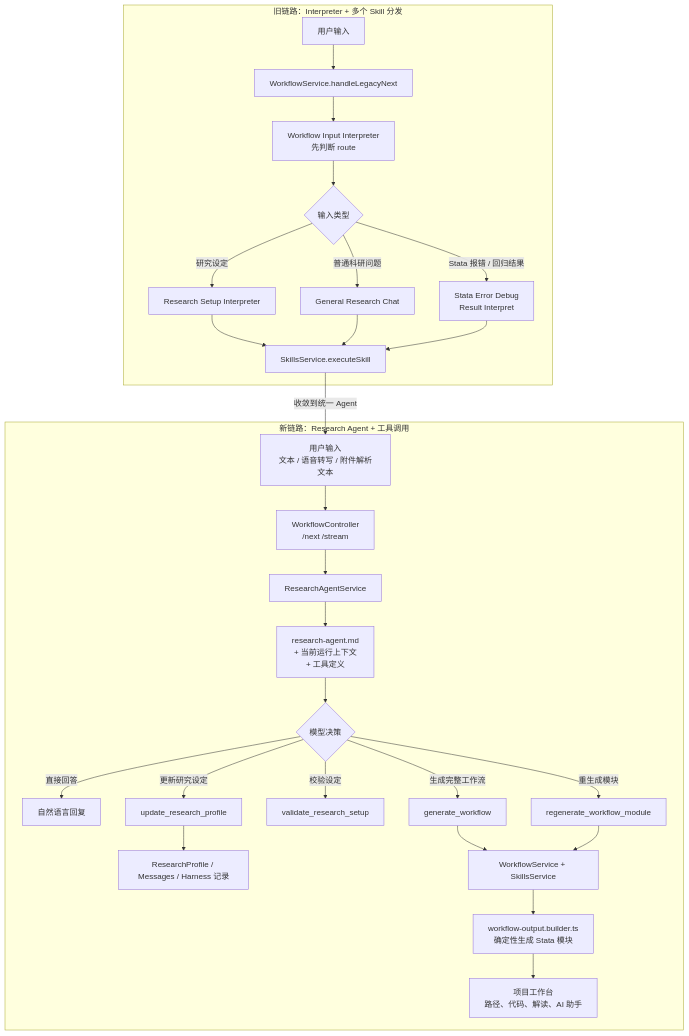
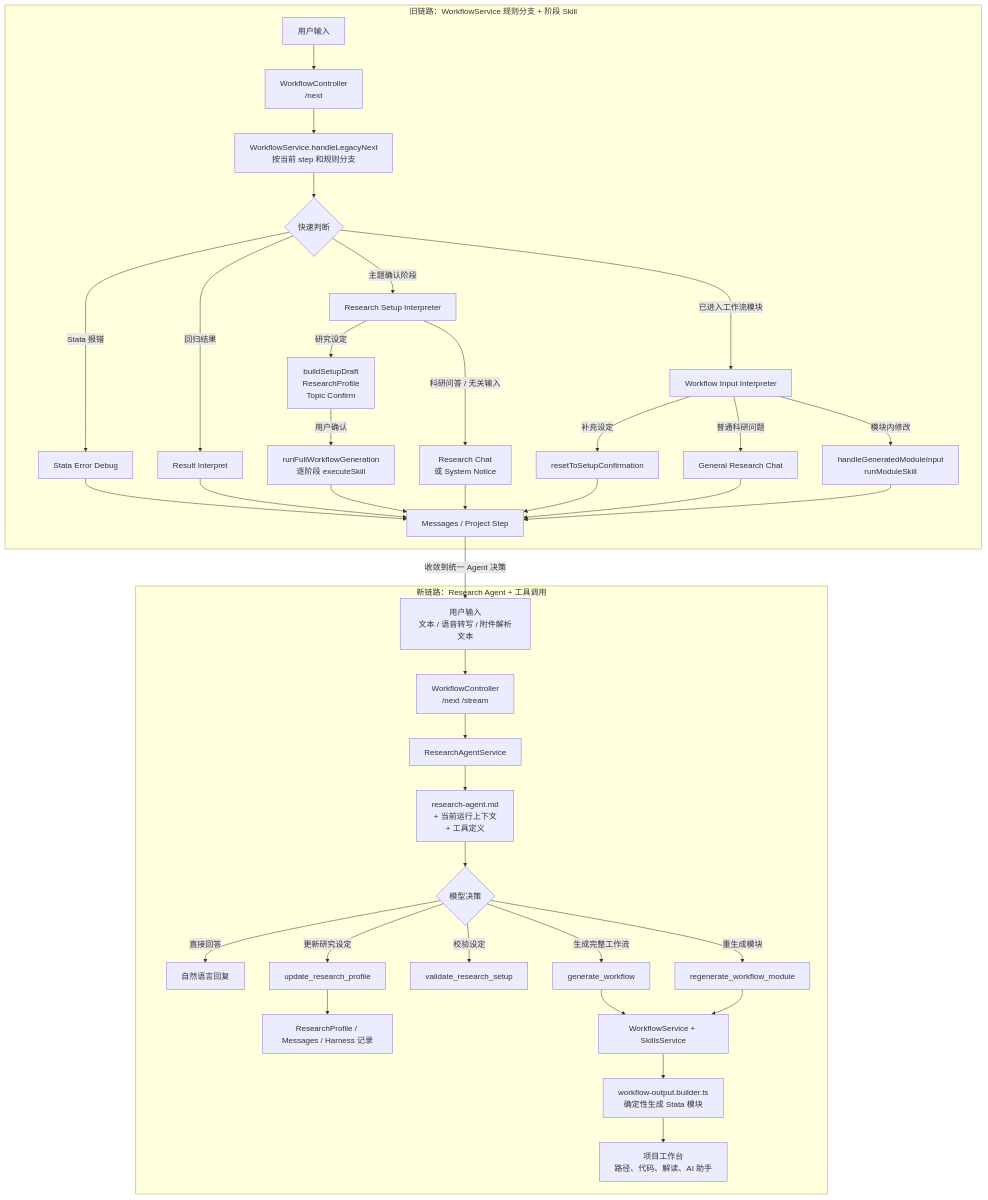
One commit to tank798/empirical-paper-agent changed the first of 2 diagrams in README.md. Above: the diagram before and after it, drawn with Mermaid. The commit also changed other lines of this file, not shown here.

Commit message:
Refine README architecture diagram

````diff
--- a/README.md
+++ b/README.md
@@ -9,33 +9,44 @@
 ```mermaid
 flowchart TD
-  subgraph OLD["旧链路：Interpreter + 多个 Skill 分发"]
-    O1["用户输入"] --> O2["WorkflowService.handleLegacyNext"]
-    O2 --> O3["Workflow Input Interpreter\n先判断 route"]
-    O3 --> O4{"输入类型"}
-    O4 -->|"研究设定"| O5["Research Setup Interpreter"]
-    O4 -->|"普通科研问题"| O6["General Research Chat"]
-    O4 -->|"Stata 报错 / 回归结果"| O7["Stata Error Debug\nResult Interpret"]
-    O5 --> O8["SkillsService.executeSkill"]
-    O6 --> O8
-    O7 --> O8
+  subgraph OLD["旧链路：WorkflowService 规则分支 + 阶段 Skill"]
+    O1["用户输入"] --> O2["WorkflowController\n/next"]
+    O2 --> O3["WorkflowService.handleLegacyNext\n按当前 step 和规则分支"]
+    O3 --> O4{"快速判断"}
+    O4 -->|"Stata 报错"| O5["Stata Error Debug"]
+    O4 -->|"回归结果"| O6["Result Interpret"]
+    O4 -->|"主题确认阶段"| O7["Research Setup Interpreter"]
+    O4 -->|"已进入工作流模块"| O8["Workflow Input Interpreter"]
+    O7 -->|"研究设定"| O9["buildSetupDraft\nResearchProfile\nTopic Confirm"]
+    O7 -->|"科研问答 / 无关输入"| O10["Research Chat\n或 System Notice"]
+    O8 -->|"补充设定"| O11["resetToSetupConfirmation"]
+    O8 -->|"普通科研问题"| O12["General Research Chat"]
+    O8 -->|"模块内修改"| O13["handleGeneratedModuleInput\nrunModuleSkill"]
+    O9 -->|"用户确认"| O14["runFullWorkflowGeneration\n逐阶段 executeSkill"]
+    O5 --> O15["Messages / Project Step"]
+    O6 --> O15
+    O10 --> O15
+    O11 --> O15
+    O12 --> O15
+    O13 --> O15
+    O14 --> O15
   end
 
-  O8 -->|"收敛到统一 Agent"| N1
+  O15 -->|"收敛到统一 Agent 决策"| N1
 
   subgraph NEW["新链路：Research Agent + 工具调用"]
     N1["用户输入\n文本 / 语音转写 / 附件解析文本"] --> N2["WorkflowController\n/next /stream"]
     N2 --> N3["ResearchAgentService"]
     N3 --> N4["research-agent.md\n+ 当前运行上下文\n+ 工具定义"]
     N4 --> N5{"模型决策"}
     N5 -->|"直接回答"| N6["自然语言回复"]
     N5 -->|"更新研究设定"| N7["update_research_profile"]
     N5 -->|"校验设定"| N8["validate_research_setup"]
     N5 -->|"生成完整工作流"| N9["generate_workflow"]
     N5 -->|"重生成模块"| N10["regenerate_workflow_module"]
     N7 --> N11["ResearchProfile / Messages / Harness 记录"]
     N9 --> N12["WorkflowService + SkillsService"]
     N10 --> N12
     N12 --> N13["workflow-output.builder.ts\n确定性生成 Stata 模块"]
     N13 --> N14["项目工作台\n路径、代码、解读、AI 助手"]
   end
 ```
````
